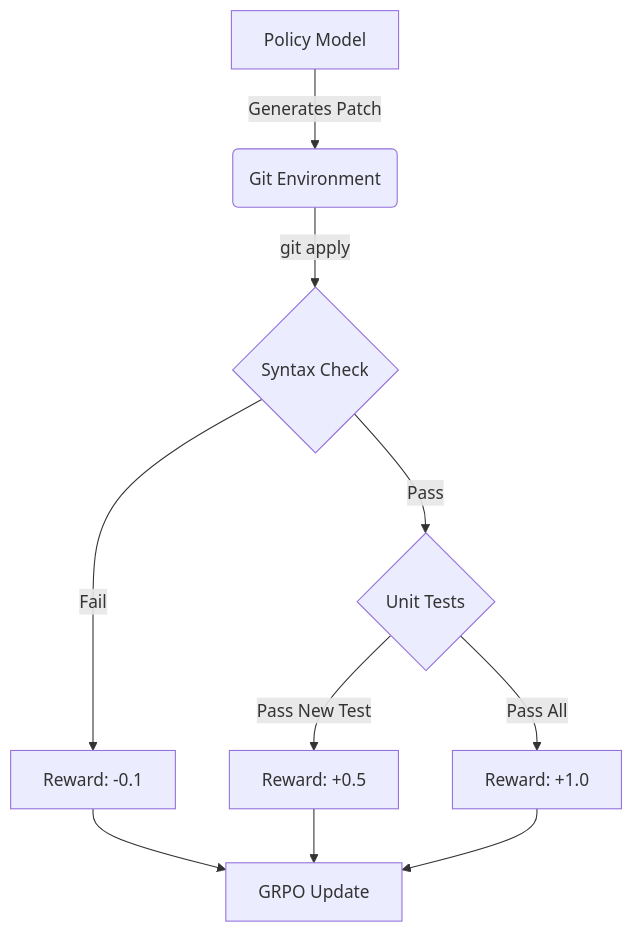
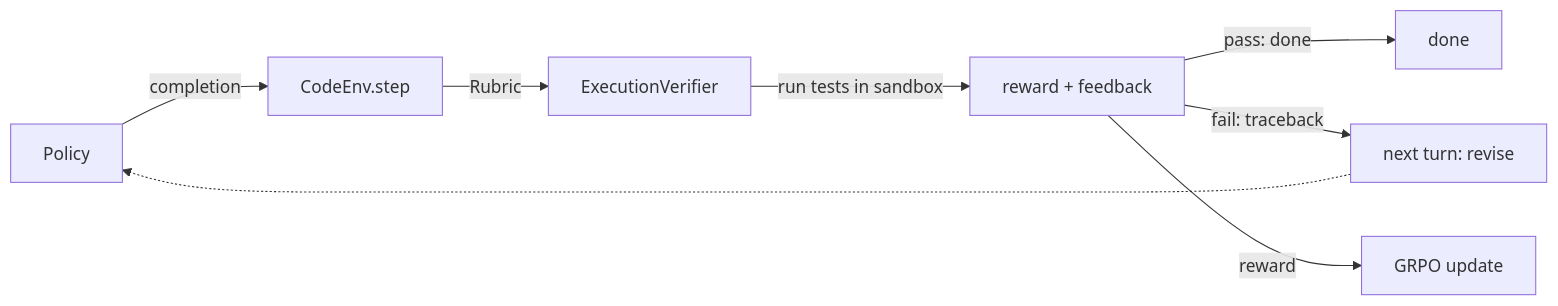
The diagram in README.md (sidd1196/GRPO_implementation), drawn with Mermaid before and after one commit. The commit also changed other lines of this file and 29 other files, not shown here.

Commit message:
Refactor GRPO experiment into a decoupled multi-turn code-RL environment.

````diff
--- a/README.md
+++ b/README.md
@@ -26,12 +35,10 @@
 ```mermaid
-graph TD
-    A[Policy Model] -->|Generates Patch| B(Git Environment)
-    B -->|git apply| C{Syntax Check}
-    C -->|Fail| D[Reward: -0.1]
-    C -->|Pass| E{Unit Tests}
-    E -->|Pass New Test| F[Reward: +0.5]
-    E -->|Pass All| G[Reward: +1.0]
-    D --> H[GRPO Update]
-    F --> H
-    G --> H
+graph LR
+    P[Policy] -->|completion| E[CodeEnv.step]
+    E -->|Rubric| V[ExecutionVerifier]
+    V -->|run tests in sandbox| R[reward + feedback]
+    R -->|pass: done| Done[done]
+    R -->|fail: traceback| E2[next turn: revise]
+    E2 -.-> P
+    R -->|reward| G[GRPO update]
 ```
````
